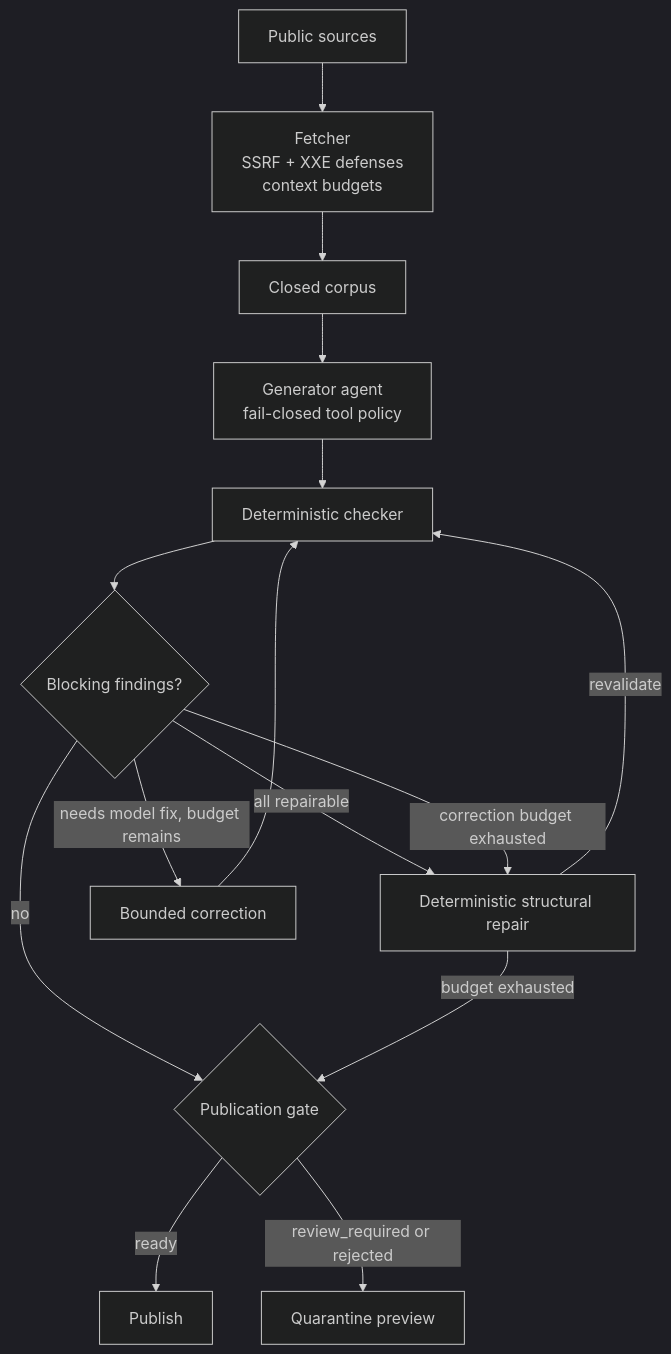
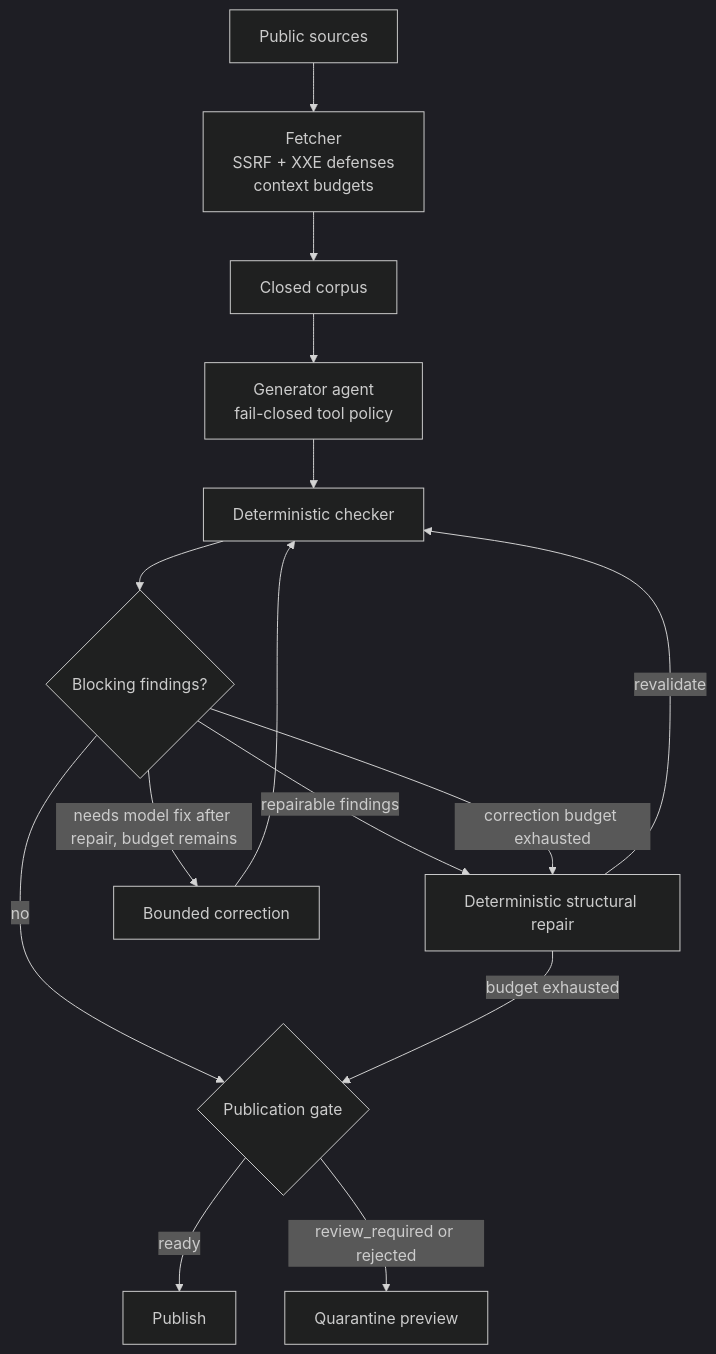
The first of 2 diagrams in README.md (elanthus/news-briefing), drawn with Mermaid (dark theme) before and after one commit. The commit also changed other lines of this file, not shown here.

Commit message:
Address CodeRabbit review: repair-first diagram labels, manual-failure scope, history.json field restrictions

````diff
--- a/README.md
+++ b/README.md
@@ -13,17 +13,17 @@
 ```mermaid
 flowchart TD
     sources[Public sources] --> fetcher[Fetcher<br/>SSRF + XXE defenses<br/>context budgets]
     fetcher --> corpus[Closed corpus]
     corpus --> agent[Generator agent<br/>fail-closed tool policy]
     agent --> checker[Deterministic checker]
     checker --> findings{Blocking findings?}
     findings -- no --> gate{Publication gate}
-    findings -- all repairable --> normalize[Deterministic structural repair]
+    findings -- repairable findings --> normalize[Deterministic structural repair]
     normalize -- revalidate --> checker
-    findings -- needs model fix, budget remains --> correct[Bounded correction]
+    findings -- needs model fix after repair, budget remains --> correct[Bounded correction]
     correct --> checker
     findings -- correction budget exhausted --> normalize
     normalize -- budget exhausted --> gate
     gate -- ready --> publish[Publish]
     gate -- review_required or rejected --> quarantine[Quarantine preview]
 ```
````
